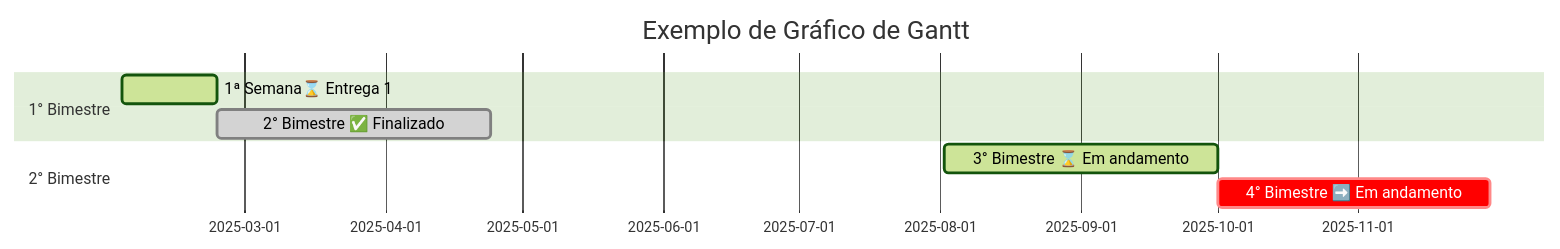
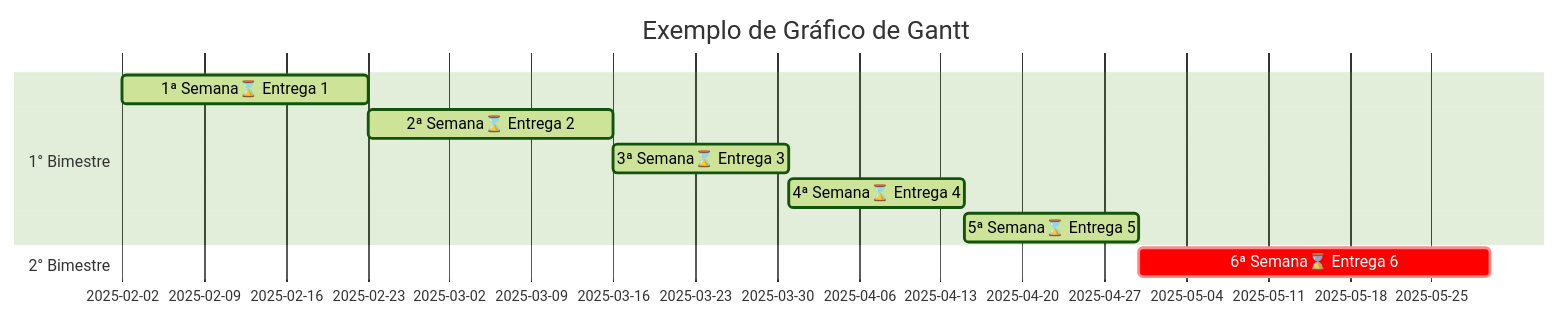
The first of 2 diagrams in README.md (erlonviana/Gantt-Crystal), drawn with Mermaid (forest theme) before and after one commit.

````diff
--- a/README.md
+++ b/README.md
@@ -3,12 +3,14 @@
 ```mermaid
 gantt
   title Exemplo de Gráfico de Gantt
   dateFormat YYYY-MM-DD
   section 1° Bimestre
   1ª Semana⌛ Entrega 1 :active, a1, 2025-02-02, 21d
-  2° Bimestre ✅ Finalizado :done, a2, after a1, 60d
+  2ª Semana⌛ Entrega 2 :active, a2, after a1, 21d
+  3ª Semana⌛ Entrega 3 :active, a3, after a2, 15d
+  4ª Semana⌛ Entrega 4 :active, a4, after a3, 15d
+  5ª Semana⌛ Entrega 5 :active, a5, after a4, 15d
   section 2° Bimestre
-  3° Bimestre ⌛ Em andamento:active, a3, 2025-08-02, 60d
-  4° Bimestre ➡️ Em andamento:crit, a4, after a3, 60d
+  6ª Semana⌛ Entrega 6 :crit, a6, after a5, 30d
   
 ```
````
